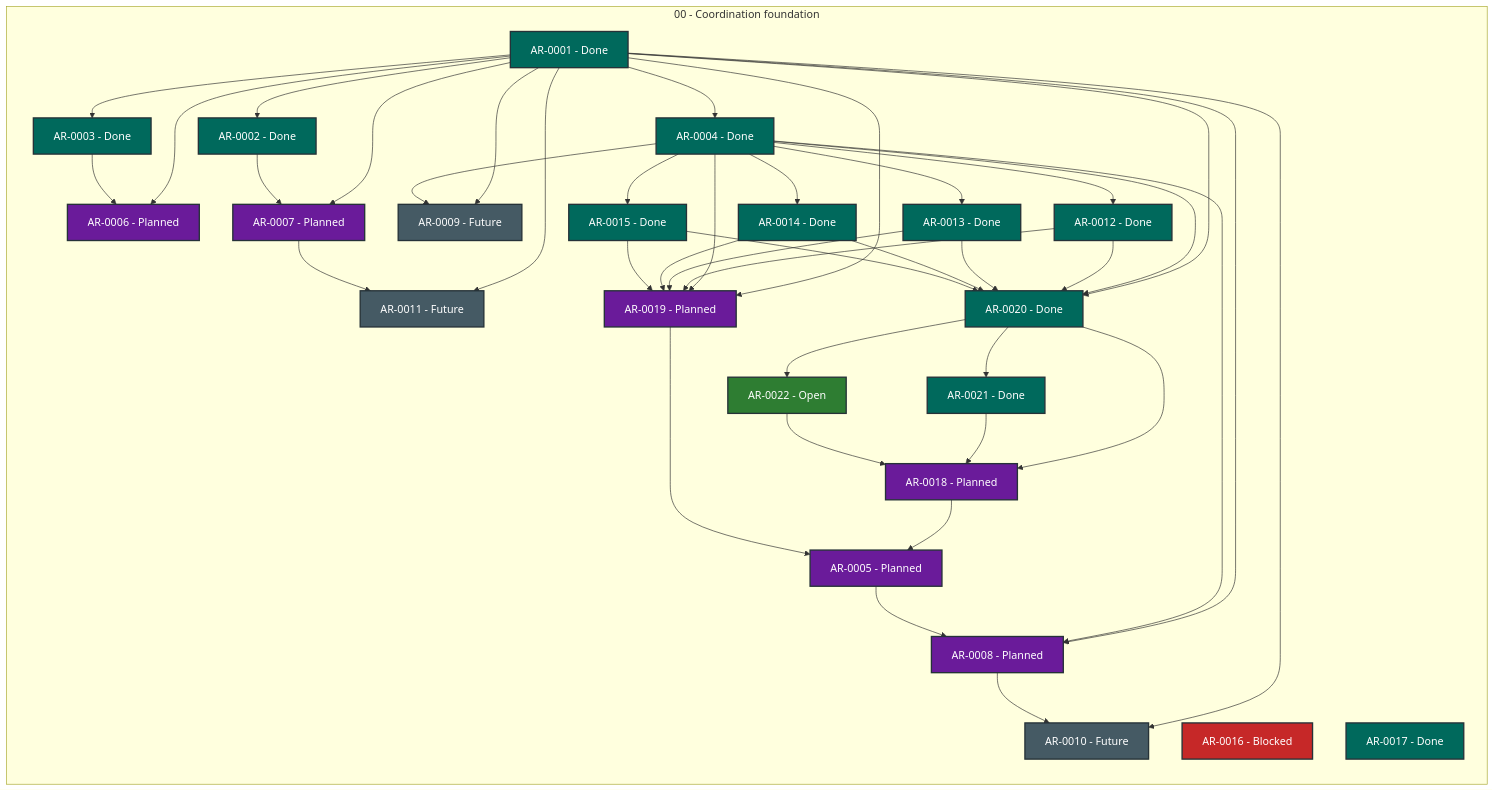
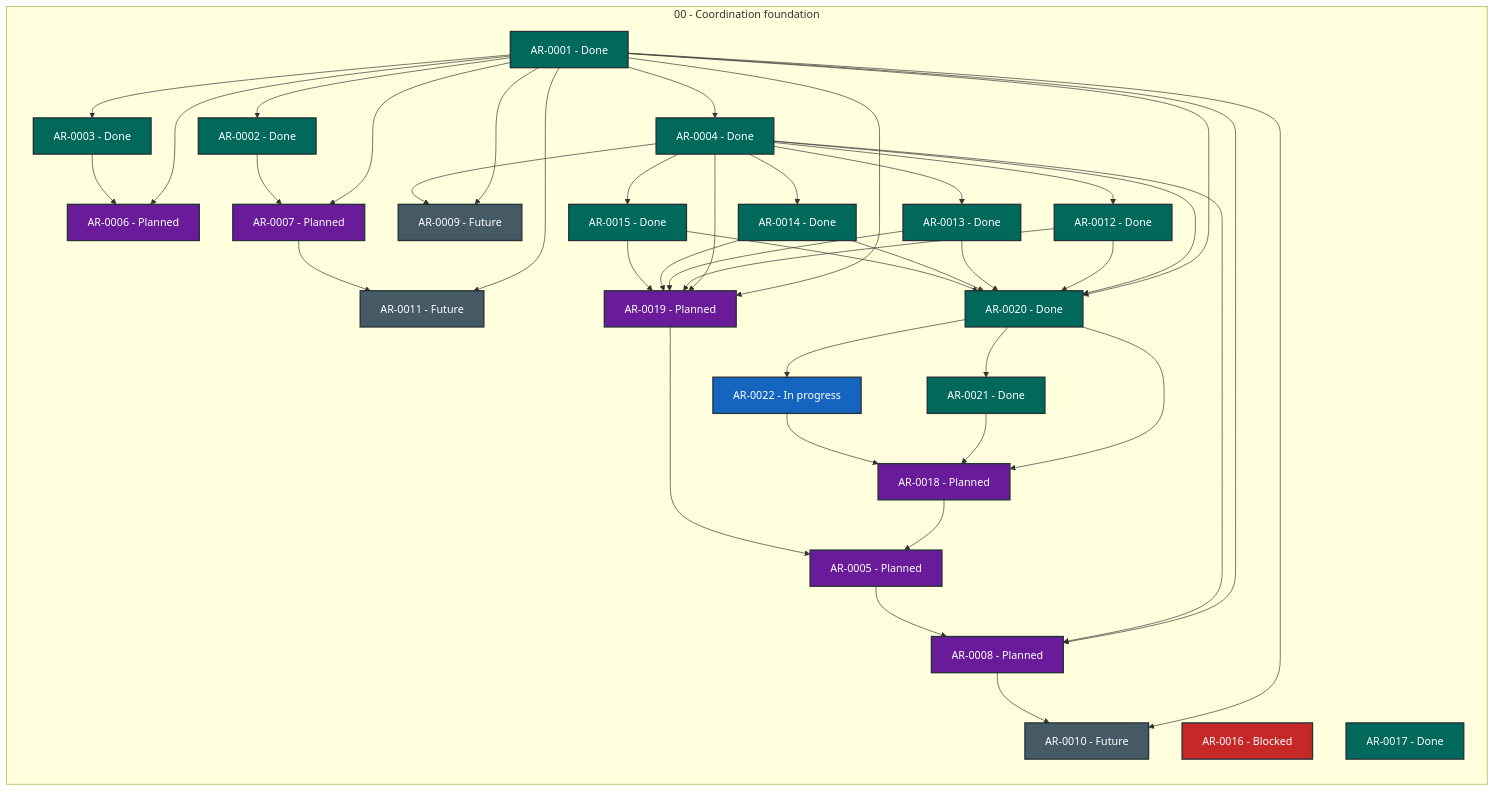
Before and after one commit to martin-beck/agent-workflow-quality-state: the diagram in STATUS.md, drawn with Mermaid. The commit also changed other lines of this file and 2 other files, not shown here.

````diff
--- a/STATUS.md
+++ b/STATUS.md
@@ -27,75 +27,75 @@
 ```mermaid
 flowchart LR
     subgraph series_00["00 - Coordination foundation"]
         direction TB
         AR_0001["AR-0001 - Done"]:::status_done
         AR_0002["AR-0002 - Done"]:::status_done
         AR_0003["AR-0003 - Done"]:::status_done
         AR_0004["AR-0004 - Done"]:::status_done
         AR_0005["AR-0005 - Planned"]:::status_planned
         AR_0006["AR-0006 - Planned"]:::status_planned
         AR_0007["AR-0007 - Planned"]:::status_planned
         AR_0008["AR-0008 - Planned"]:::status_planned
         AR_0009["AR-0009 - Future"]:::status_future
         AR_0010["AR-0010 - Future"]:::status_future
         AR_0011["AR-0011 - Future"]:::status_future
         AR_0012["AR-0012 - Done"]:::status_done
         AR_0013["AR-0013 - Done"]:::status_done
         AR_0014["AR-0014 - Done"]:::status_done
         AR_0015["AR-0015 - Done"]:::status_done
         AR_0016["AR-0016 - Blocked"]:::status_blocked
         AR_0017["AR-0017 - Done"]:::status_done
         AR_0018["AR-0018 - Planned"]:::status_planned
         AR_0019["AR-0019 - Planned"]:::status_planned
         AR_0020["AR-0020 - Done"]:::status_done
         AR_0021["AR-0021 - Done"]:::status_done
-        AR_0022["AR-0022 - Open"]:::status_open
+        AR_0022["AR-0022 - In progress"]:::status_in_progress
     end
     AR_0001 --> AR_0002
     AR_0001 --> AR_0003
     AR_0001 --> AR_0004
     AR_0001 --> AR_0006
     AR_0001 --> AR_0007
     AR_0001 --> AR_0008
     AR_0001 --> AR_0009
     AR_0001 --> AR_0010
     AR_0001 --> AR_0011
     AR_0001 --> AR_0019
     AR_0001 --> AR_0020
     AR_0002 --> AR_0007
     AR_0003 --> AR_0006
     AR_0004 --> AR_0008
     AR_0004 --> AR_0009
     AR_0004 --> AR_0012
     AR_0004 --> AR_0013
     AR_0004 --> AR_0014
     AR_0004 --> AR_0015
     AR_0004 --> AR_0019
     AR_0004 --> AR_0020
     AR_0005 --> AR_0008
     AR_0007 --> AR_0011
     AR_0008 --> AR_0010
     AR_0012 --> AR_0019
     AR_0012 --> AR_0020
     AR_0013 --> AR_0019
     AR_0013 --> AR_0020
     AR_0014 --> AR_0019
     AR_0014 --> AR_0020
     AR_0015 --> AR_0019
     AR_0015 --> AR_0020
     AR_0018 --> AR_0005
     AR_0019 --> AR_0005
     AR_0020 --> AR_0018
     AR_0020 --> AR_0021
     AR_0020 --> AR_0022
     AR_0021 --> AR_0018
     AR_0022 --> AR_0018
     classDef status_in_progress fill:#1565c0,color:#ffffff,stroke:#263238,stroke-width:2px
     classDef status_open fill:#2e7d32,color:#ffffff,stroke:#263238,stroke-width:2px
     classDef status_blocked fill:#c62828,color:#ffffff,stroke:#263238,stroke-width:2px
     classDef status_planned fill:#6a1b9a,color:#ffffff,stroke:#263238,stroke-width:2px
     classDef status_future fill:#455a64,color:#ffffff,stroke:#263238,stroke-width:2px
     classDef status_done fill:#00695c,color:#ffffff,stroke:#263238,stroke-width:2px
     classDef status_cancelled fill:#616161,color:#ffffff,stroke:#263238,stroke-width:2px
     classDef status_superseded fill:#5d4037,color:#ffffff,stroke:#263238,stroke-width:2px
 ```
````
